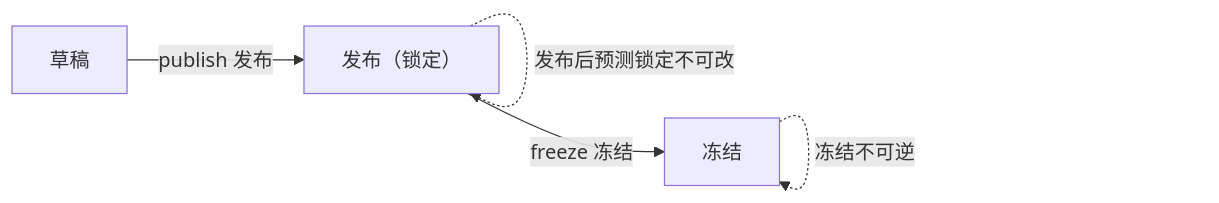
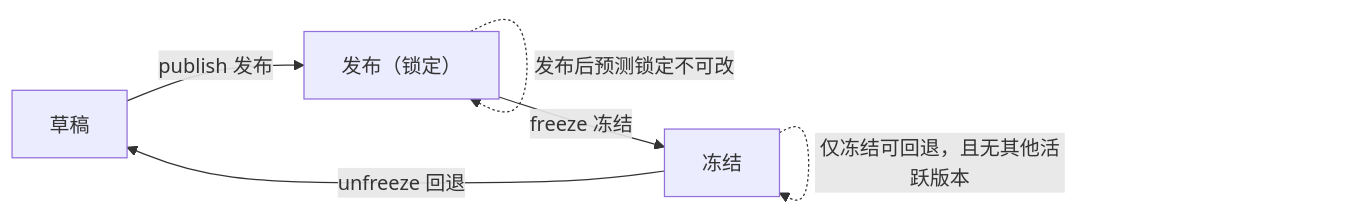
Before and after one commit to chenxi84/fde-v2: the diagram in app/psc/md_monthly_version/应用详设.md, drawn with Mermaid. The commit also changed other lines of this file and 8 other files, not shown here.

````diff
--- a/app/psc/md_monthly_version/应用详设.md
+++ b/app/psc/md_monthly_version/应用详设.md
@@ -168,7 +190,8 @@
 ```mermaid
 flowchart LR
     A[草稿] -- publish 发布 --> B[发布（锁定）]
     B -- freeze 冻结 --> C[冻结]
+    C -- unfreeze 回退 --> A
     B -. "发布后预测锁定不可改" .-> B
-    C -. "冻结不可逆" .-> C
+    C -. "仅冻结可回退，且无其他活跃版本" .-> C
 ```
````
